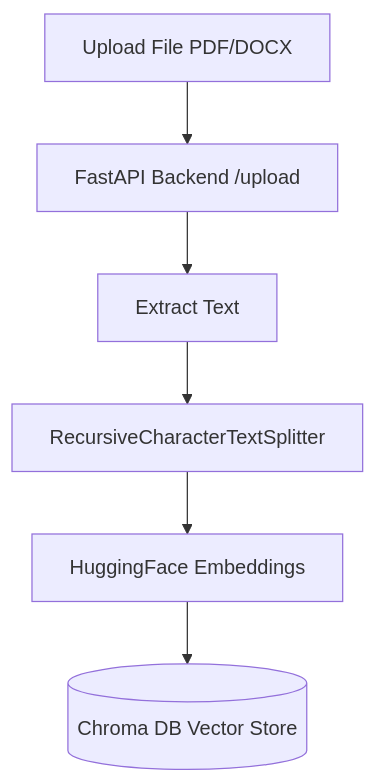
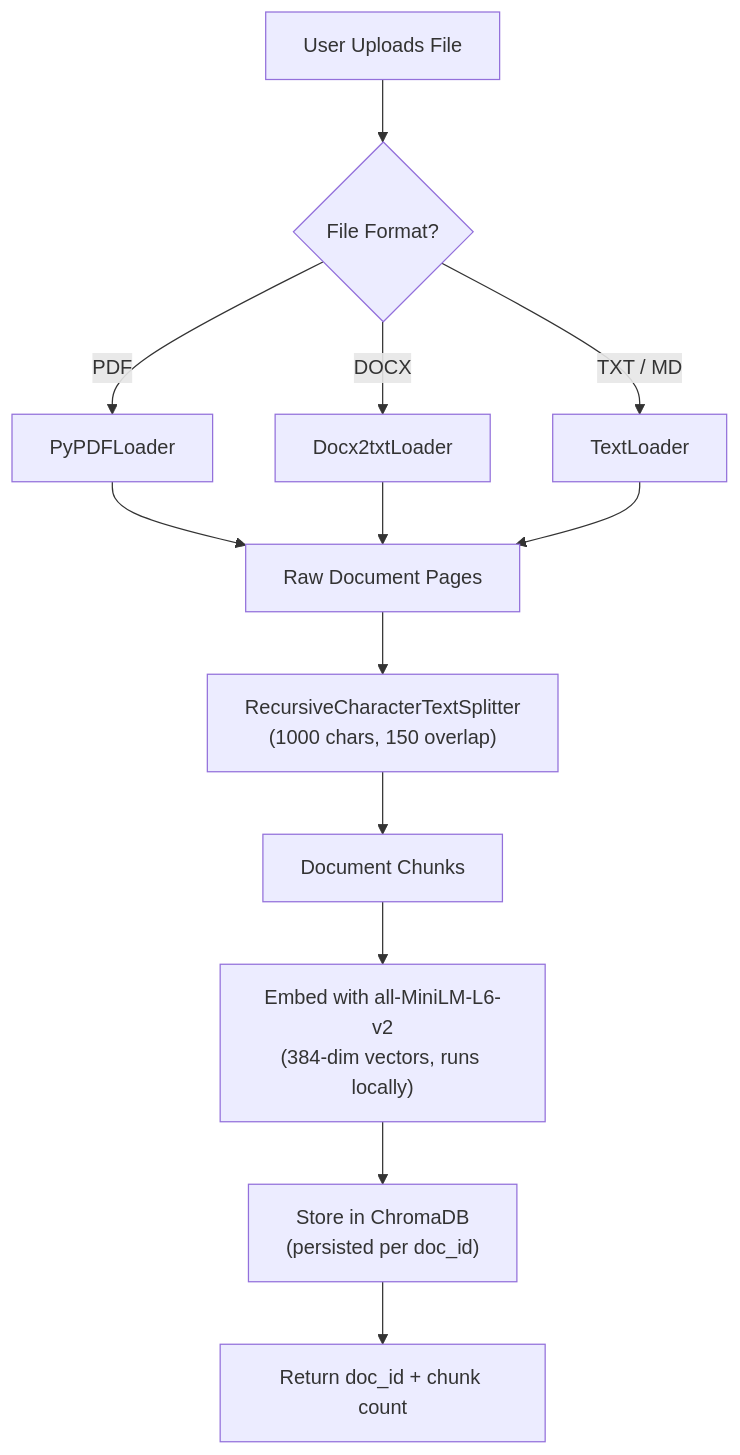
One commit to ISHAN12369/contractIQ changed the first of 3 diagrams in README.md. Above: the diagram before and after it, drawn with Mermaid. The commit also changed other lines of this file, not shown here.

````diff
--- a/README.md
+++ b/README.md
@@ -28,8 +73,15 @@
 ```mermaid
 graph TD
-    A[Upload File PDF/DOCX] --> B[FastAPI Backend /upload]
-    B --> C[Extract Text]
-    C --> D[RecursiveCharacterTextSplitter]
-    D --> E[HuggingFace Embeddings]
-    E --> F[(Chroma DB Vector Store)]
+    A[User Uploads File] --> B{File Format?}
+    B -->|PDF| C[PyPDFLoader]
+    B -->|DOCX| D[Docx2txtLoader]
+    B -->|TXT / MD| E[TextLoader]
+    C --> F[Raw Document Pages]
+    D --> F
+    E --> F
+    F --> G["RecursiveCharacterTextSplitter<br/>(1000 chars, 150 overlap)"]
+    G --> H[Document Chunks]
+    H --> I["Embed with all-MiniLM-L6-v2<br/>(384-dim vectors, runs locally)"]
+    I --> J["Store in ChromaDB<br/>(persisted per doc_id)"]
+    J --> K["Return doc_id + chunk count"]
 ```
````
